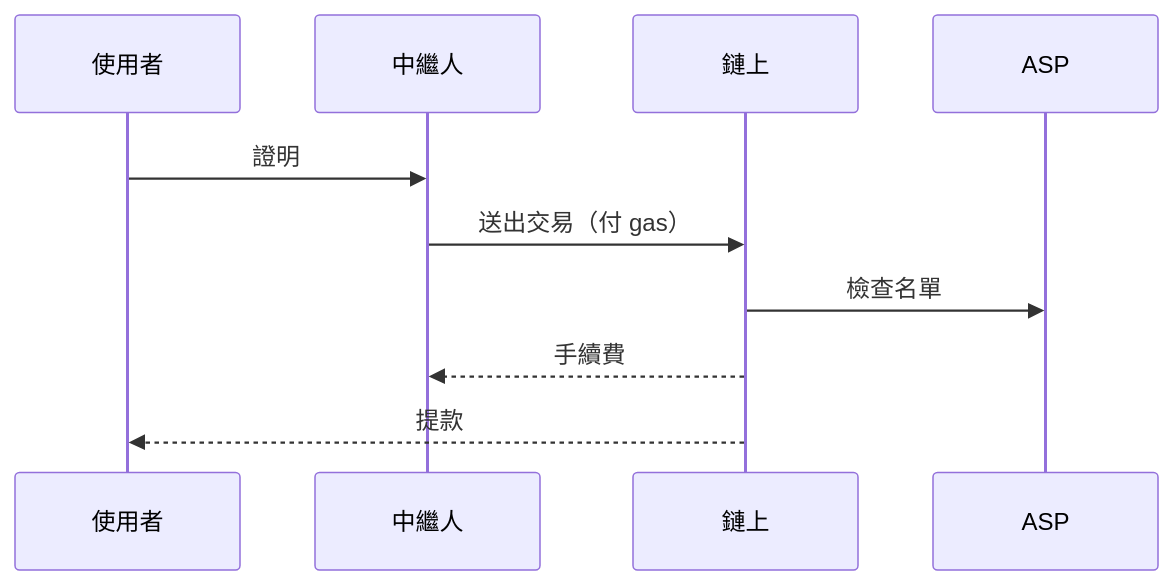
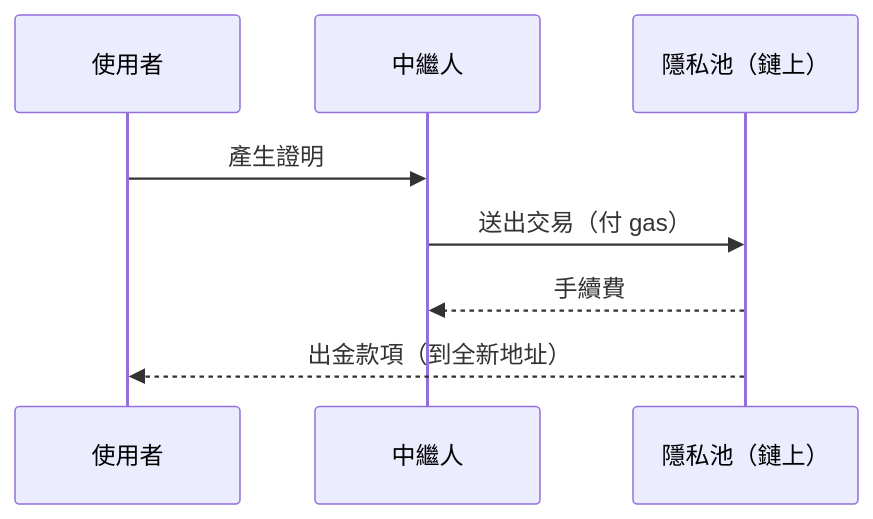
One commit to ChihChengLiang/notes changed the seventh of 7 diagrams in notes/2026-07-27_privacy_pools/slides.md. Above: the diagram before and after it, drawn with Mermaid. The commit also changed other lines of this file, not shown here.

````diff
--- a/notes/2026-07-27_privacy_pools/slides.md
+++ b/notes/2026-07-27_privacy_pools/slides.md
@@ -599,13 +324,11 @@
 ```mermaid
 sequenceDiagram
     participant User as 使用者
     participant Relayer as 中繼人
-    participant Pool as 鏈上
-    participant ASP
+    participant Pool as 隱私池（鏈上）
 
-    User->>Relayer: 證明
+    User->>Relayer: 產生證明
     Relayer->>Pool: 送出交易（付 gas）
-    Pool->>ASP: 檢查名單
     Pool-->>Relayer: 手續費
-    Pool-->>User: 提款
+    Pool-->>User: 出金款項（到全新地址）
 ```
````
